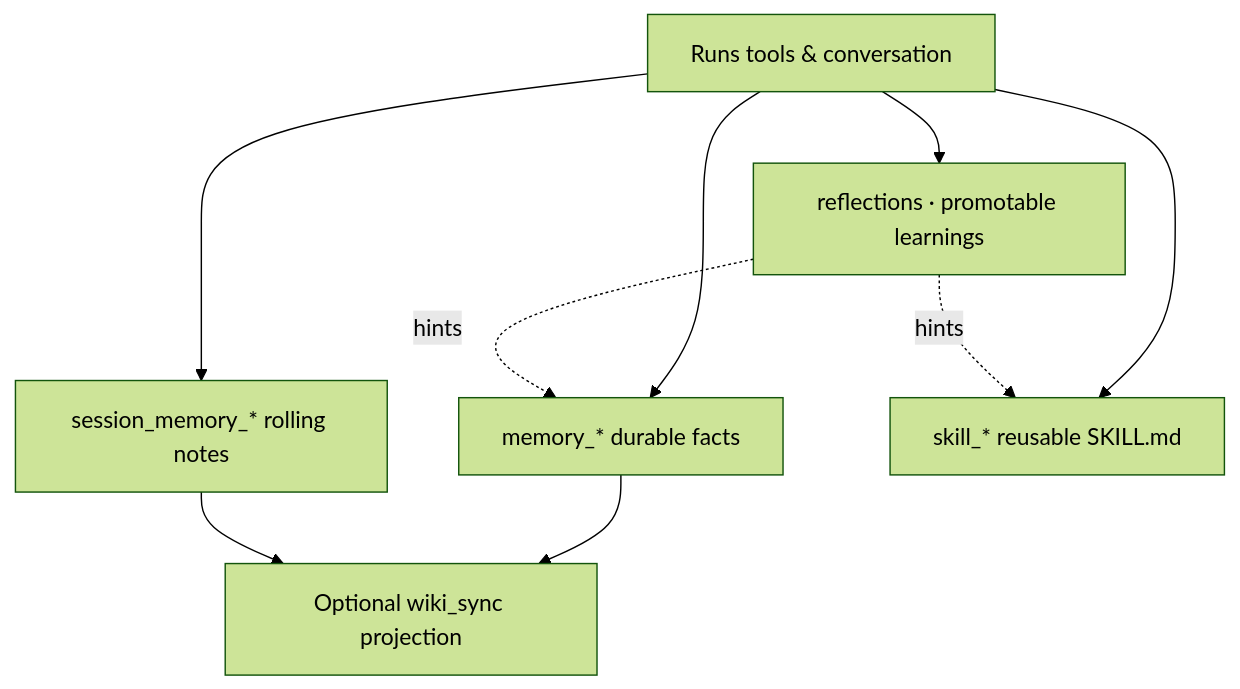
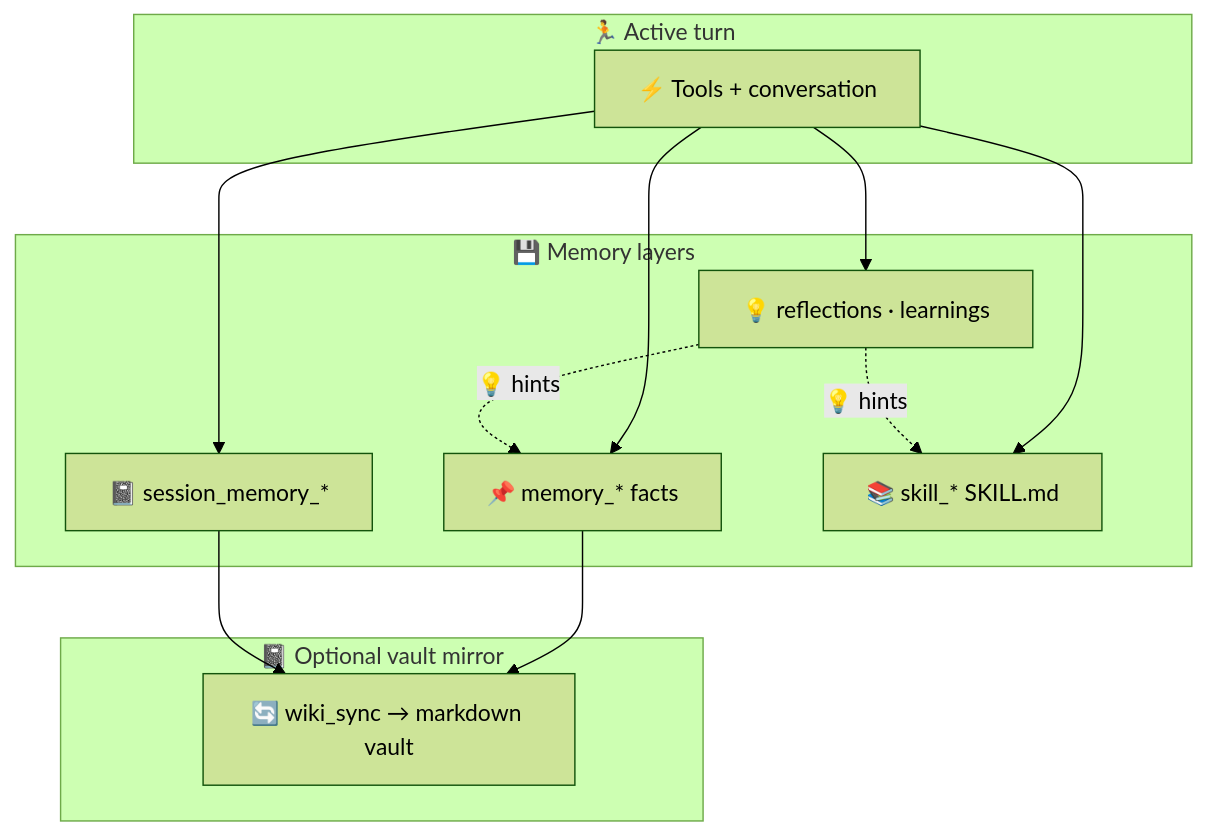
Before and after one commit to nikola66/web-agent: the fourth of 4 diagrams in README.md, drawn with Mermaid (forest theme). The commit also changed other lines of this file and 36 other files, not shown here.

First line of the commit message:
release: v1.0.1 — multilingual docs, turn-judge pipeline, chart polish

````diff
--- a/README.md
+++ b/README.md
@@ -99,11 +176,23 @@
 ```mermaid
 flowchart TB
-  X[Runs tools & conversation] --> F[memory_* durable facts]
-  X --> SM[session_memory_* rolling notes]
-  X --> SK["skill_* reusable SKILL.md"]
-  X --> RF["reflections · promotable learnings"]
-  RF -.->|hints| F
-  RF -.->|hints| SK
-  F --> W2[Optional wiki_sync projection]
+  subgraph run["🏃 Active turn"]
+    X["⚡ Tools + conversation"]
+  end
+
+  subgraph persist["💾 Memory layers"]
+    F["📌 memory_* facts"]
+    SM["📓 session_memory_*"]
+    SK["📚 skill_* SKILL.md"]
+    RF["💡 reflections · learnings"]
+  end
+
+  subgraph mirror["📓 Optional vault mirror"]
+    W2["🔄 wiki_sync → markdown vault"]
+  end
+
+  X --> F & SM & SK & RF
+  RF -.->|💡 hints| F
+  RF -.->|💡 hints| SK
+  F --> W2
   SM --> W2
 ```
````
